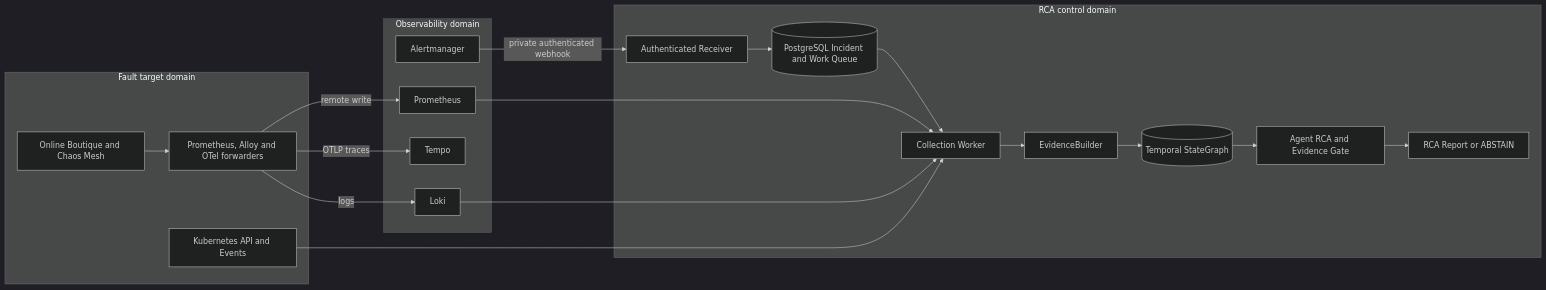
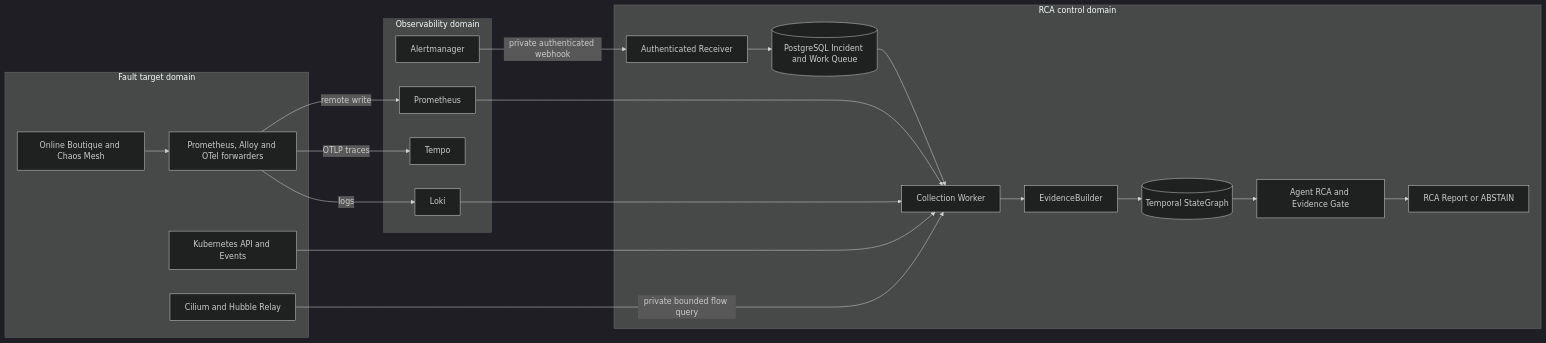
One commit to kyunghoon02/agent-RCA changed the diagram in README.md. Above: the diagram before and after it, drawn with Mermaid (dark theme). The commit also changed other lines of this file and 21 other files, not shown here.

Commit message:
feat: add bounded Hubble evidence provider

````diff
--- a/README.md
+++ b/README.md
@@ -23,35 +23,37 @@
 ```mermaid
 flowchart LR
     subgraph T[Fault target domain]
         APP[Online Boutique and Chaos Mesh]
         K[Kubernetes API and Events]
+        H[Cilium and Hubble Relay]
         FW[Prometheus, Alloy and OTel forwarders]
         APP --> FW
     end
 
     subgraph O[Observability domain]
         P[Prometheus]
         L[Loki]
         TP[Tempo]
         AM[Alertmanager]
     end
 
     subgraph C[RCA control domain]
         RX[Authenticated Receiver]
         Q[(PostgreSQL Incident and Work Queue)]
         CW[Collection Worker]
         EB[EvidenceBuilder]
         SG[(Temporal StateGraph)]
         AO[Agent RCA and Evidence Gate]
         R[RCA Report or ABSTAIN]
     end
 
     FW -->|remote write| P
     FW -->|logs| L
     FW -->|OTLP traces| TP
     AM -->|private authenticated webhook| RX
     RX --> Q --> CW --> EB --> SG --> AO --> R
     P --> CW
     L --> CW
     K --> CW
+    H -->|private bounded flow query| CW
 ```
````
